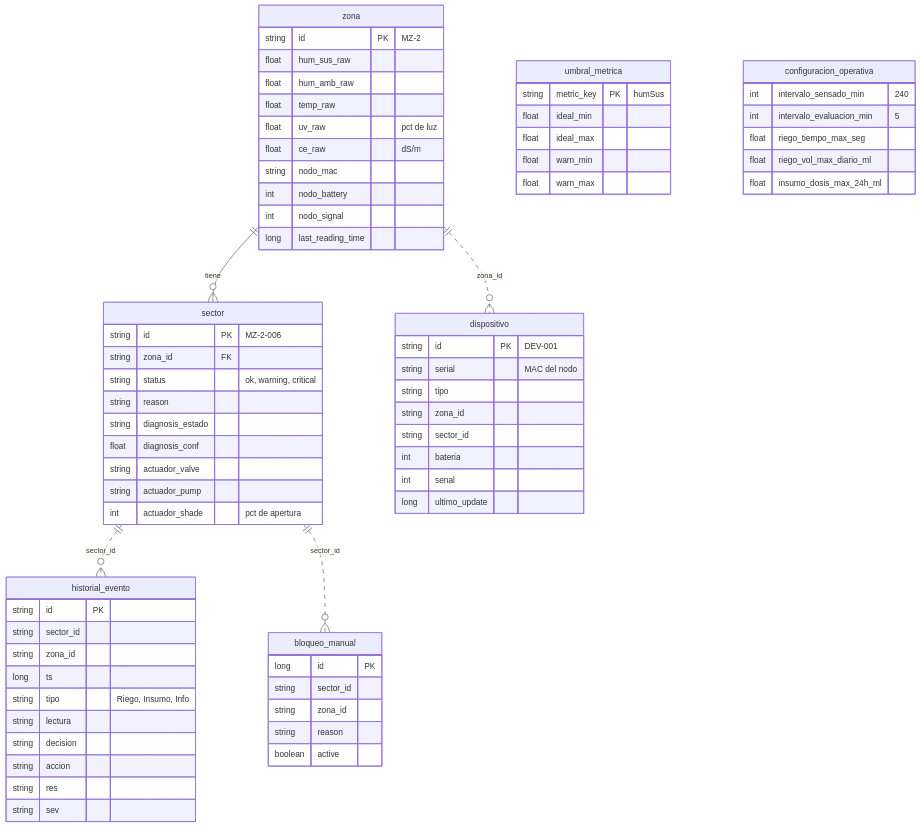
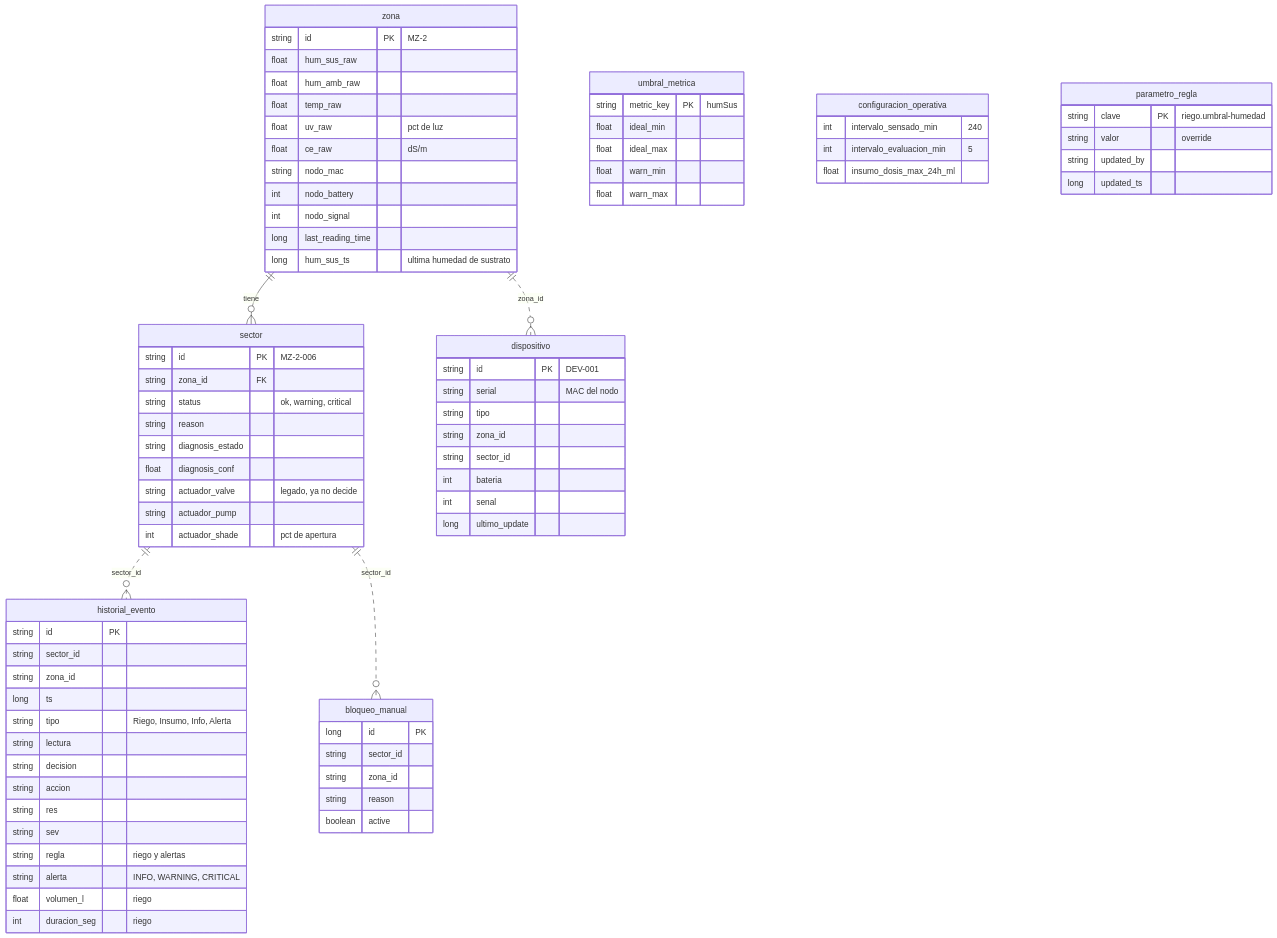
Before and after one commit to ssgalo/Yerbanalytics: the third of 3 diagrams in docs-motor-reglas-e-integracion/circuito-sensado-a-motor.md, drawn with Mermaid. The commit also changed other lines of this file and 2 other files, not shown here.

````diff
--- a/docs-motor-reglas-e-integracion/circuito-sensado-a-motor.md
+++ b/docs-motor-reglas-e-integracion/circuito-sensado-a-motor.md
@@ -189,6 +202,7 @@
         int nodo_battery
         int nodo_signal
         long last_reading_time
+        long hum_sus_ts "ultima humedad de sustrato"
     }
     sector {
         string id PK "MZ-2-006"
@@ -197,7 +211,7 @@
         string reason
         string diagnosis_estado
         float diagnosis_conf
-        string actuador_valve
+        string actuador_valve "legado, ya no decide"
         string actuador_pump
         int actuador_shade "pct de apertura"
     }
@@ -216,12 +230,16 @@
         string sector_id
         string zona_id
         long ts
-        string tipo "Riego, Insumo, Info"
+        string tipo "Riego, Insumo, Info, Alerta"
         string lectura
         string decision
         string accion
         string res
         string sev
+        string regla "riego y alertas"
+        string alerta "INFO, WARNING, CRITICAL"
+        float volumen_l "riego"
+        int duracion_seg "riego"
     }
     bloqueo_manual {
         long id PK
@@ -240,8 +258,12 @@
     configuracion_operativa {
         int intervalo_sensado_min "240"
         int intervalo_evaluacion_min "5"
-        float riego_tiempo_max_seg
-        float riego_vol_max_diario_ml
         float insumo_dosis_max_24h_ml
     }
+    parametro_regla {
+        string clave PK "riego.umbral-humedad"
+        string valor "override"
+        string updated_by
+        long updated_ts
+    }
 ```
````
